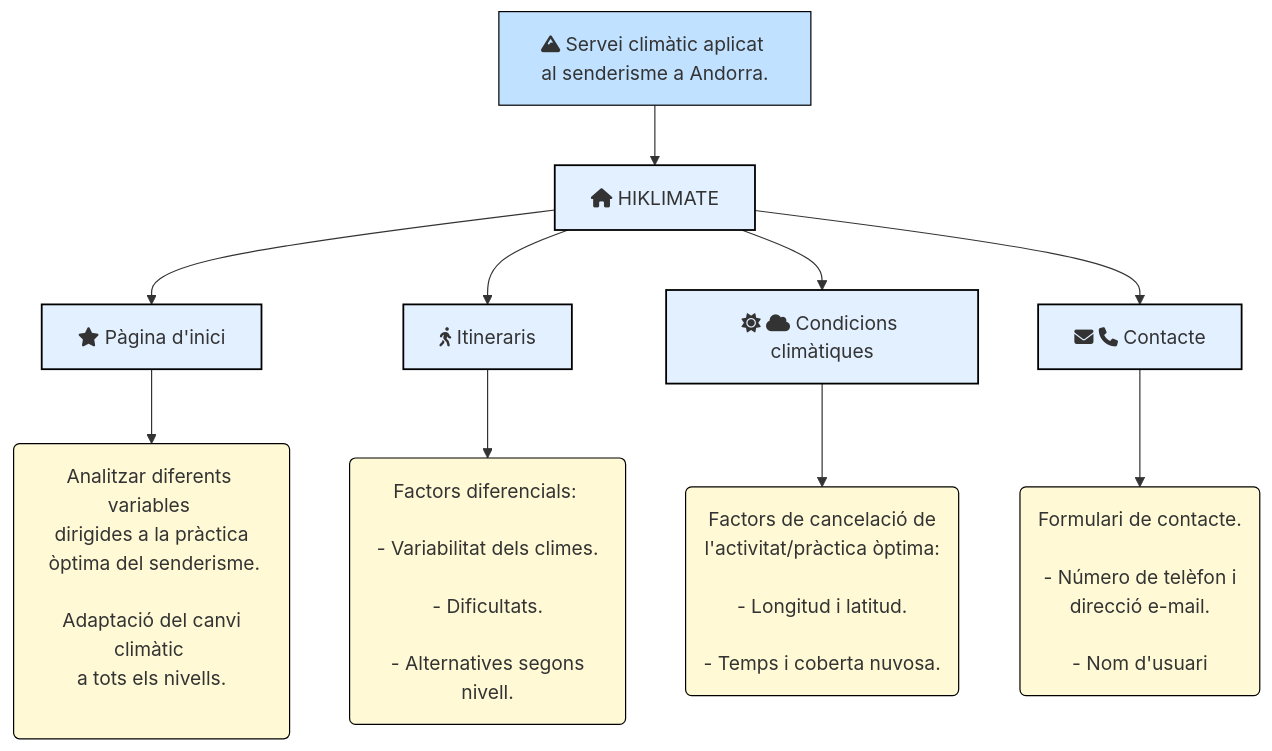
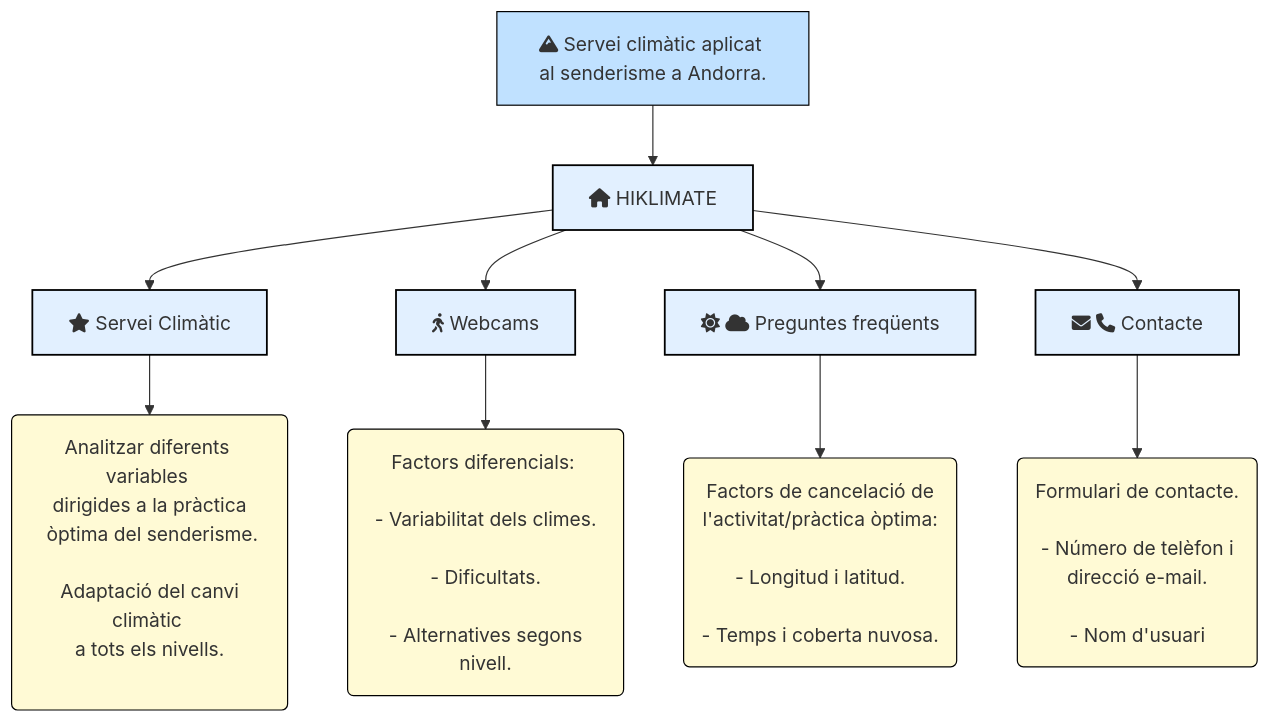
The diagram in README.md (kuentin22/hiklimate), drawn with Mermaid before and after one commit. The commit also changed other lines of this file, not shown here.

````diff
--- a/README.md
+++ b/README.md
@@ -66,27 +66,27 @@
 ```mermaid
 
 graph TD;
 %% contenidors;
 A[fa:fa-mountain Servei climàtic aplicat al senderisme a Andorra.];
     
 A-->B[fa:fa-home HIKLIMATE];
 
-B-->C[fa:fa-star Pàgina d'inici];
-B-->D[fa:fa-walking Itineraris];
-B-->E[fa:fa-sun fa:fa-cloud Condicions climàtiques];
+B-->C[fa:fa-star Servei Climàtic];
+B-->D[fa:fa-walking Webcams];
+B-->E[fa:fa-sun fa:fa-cloud Preguntes freqüents];
 B-->G[fa:fa-envelope fa:fa-phone Contacte];
 
 C-->H(Analitzar diferents variables <br> dirigides a la pràctica <br> òptima del senderisme.<br> <br> Adaptació del canvi climàtic <br> a tots els nivells. <br> <br.);
 D-->I(Factors diferencials: <br/><br> - Variabilitat dels climes. <br><br> - Dificultats. <br><br> - Alternatives segons nivell.);
 E-->J(Factors de cancelació de  <br> l'activitat/pràctica òptima: <br> <br>- Longitud i latitud. <br><br> - Temps i coberta nuvosa.);
 G-->L(Formulari de contacte. <br><br> - Número de telèfon i <br> direcció e-mail.<br><br> - Nom d'usuari);
 
 %% estils;
 classDef p1 fill:#C0E1FF,stroke:#000000,stroke-width:3x;
 classDef p2 fill:#E2F0FF,stroke:#000000,stroke-width:1.5px;
 classDef p3 fill:#FFFAD5,stroke:#000000,stroke-width:1px;
 
 class A p1;
 class B,C,D,E,F,G p2;
 class H,I,J,K,L p3;
 ```
````
